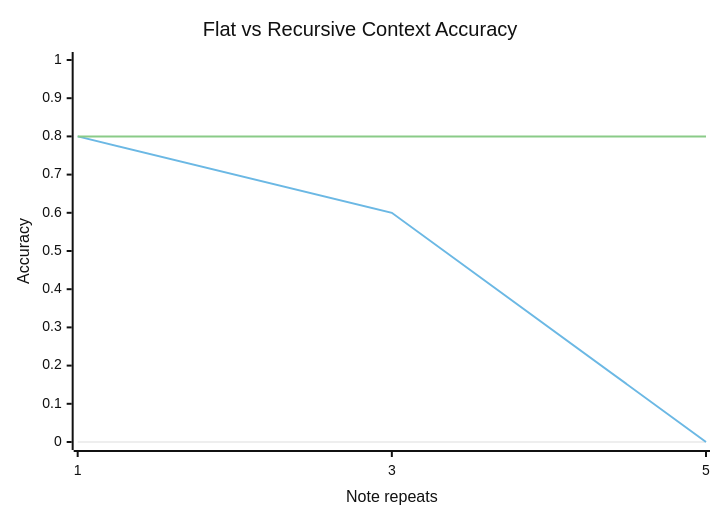
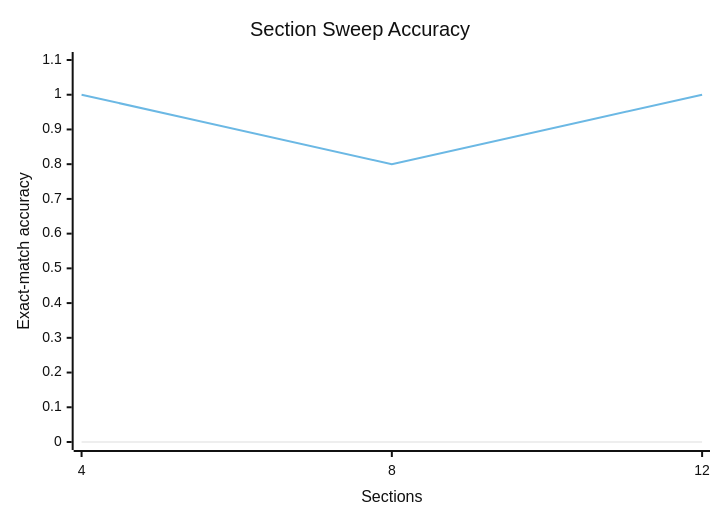
Before and after one commit to dylanler/latent-planning: the fifth of 5 diagrams in README.md, drawn with Mermaid (neutral theme). The commit also changed other lines of this file and 7 other files, not shown here.

````diff
--- a/README.md
+++ b/README.md
@@ -145,9 +169,8 @@
 ```mermaid
 xychart-beta
-    title "Flat vs Recursive Context Accuracy"
-    x-axis "Note repeats" [1, 3, 5]
-    y-axis "Accuracy" 0 --> 1.0
+    title "Section Sweep Accuracy"
+    x-axis "Sections" [4, 8, 12]
+    y-axis "Exact-match accuracy" 0 --> 1.1
     line "Baseline" [0.00, 0.00, 0.00]
-    line "Managed" [0.80, 0.60, 0.00]
-    line "Recursive" [0.80, 0.80, 0.80]
+    line "Flat managed" [1.00, 0.80, 1.00]
 ```
````
